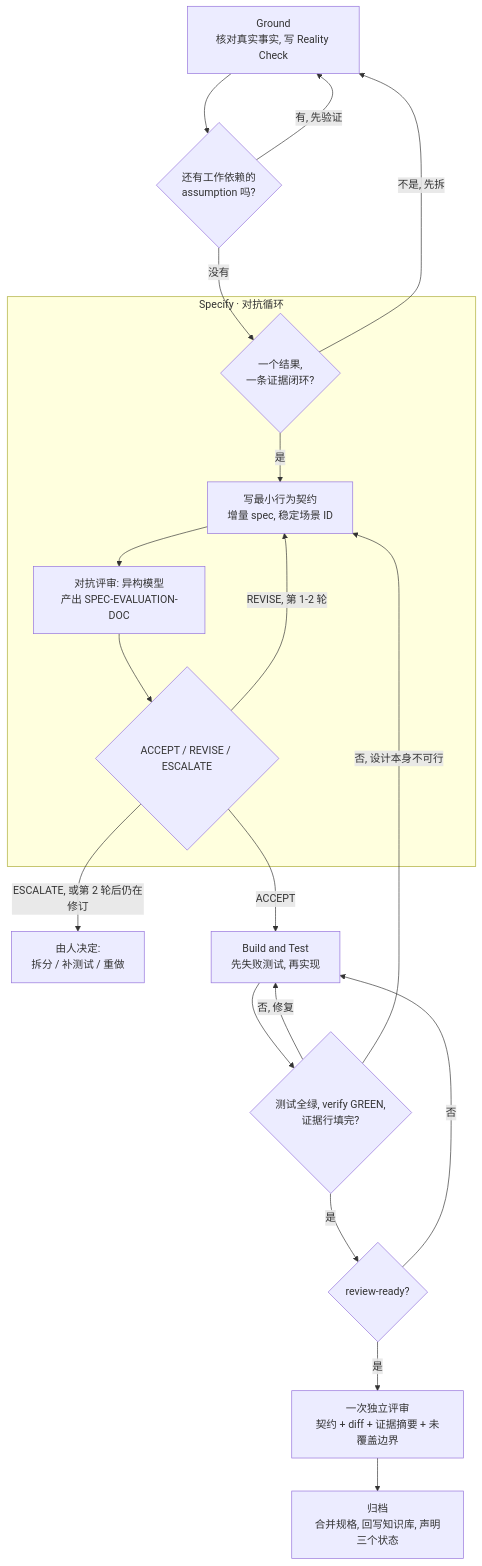
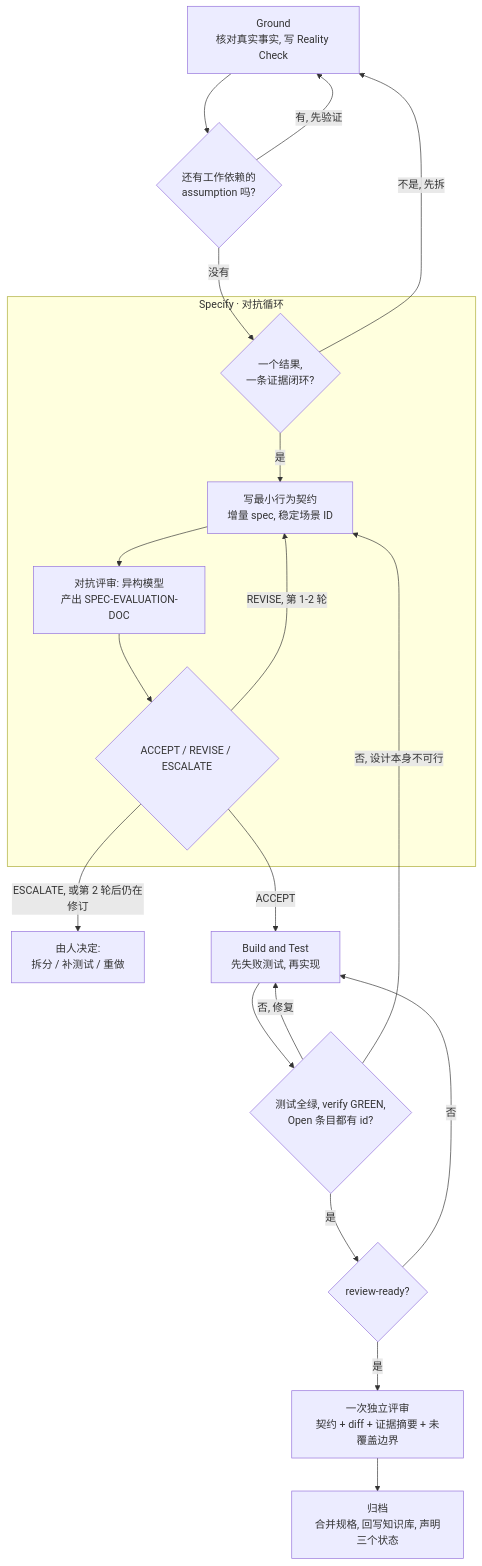
Before and after one commit to Apriorhythm/apriori-spec-development: the diagram in docs/concepts_cn.md, drawn with Mermaid. The commit also changed other lines of this file and 16 other files, not shown here.

````diff
--- a/docs/concepts_cn.md
+++ b/docs/concepts_cn.md
@@ -294,25 +293,25 @@
 ```mermaid
 graph TD
     B[Ground<br/>核对真实事实, 写 Reality Check]
     B --> B2{还有工作依赖的<br/>assumption 吗?}
     B2 -- 有, 先验证 --> B
     B2 -- 没有 --> C0{一个结果,<br/>一条证据闭环?}
     C0 -- 不是, 先拆 --> B
 
     subgraph S1[Specify · 对抗循环]
         C0 -- 是 --> C[写最小行为契约<br/>增量 spec, 稳定场景 ID]
         C --> D[对抗评审: 异构模型<br/>产出 SPEC-EVALUATION-DOC]
         D --> D2{ACCEPT / REVISE / ESCALATE}
         D2 -- REVISE, 第 1-2 轮 --> C
     end
 
     D2 -- ESCALATE, 或第 2 轮后仍在修订 --> X[由人决定:<br/>拆分 / 补测试 / 重做]
     D2 -- ACCEPT --> H[Build and Test<br/>先失败测试, 再实现]
-    H --> H2{测试全绿, verify GREEN,<br/>证据行填完?}
+    H --> H2{测试全绿, verify GREEN,<br/>Open 条目都有 id?}
     H2 -- 否, 修复 --> H
     H2 -- 否, 设计本身不可行 --> C
     H2 -- 是 --> R{review-ready?}
     R -- 否 --> H
     R -- 是 --> RV[一次独立评审<br/>契约 + diff + 证据摘要 + 未覆盖边界]
     RV --> I[归档<br/>合并规格, 回写知识库, 声明三个状态]
 ```
````
